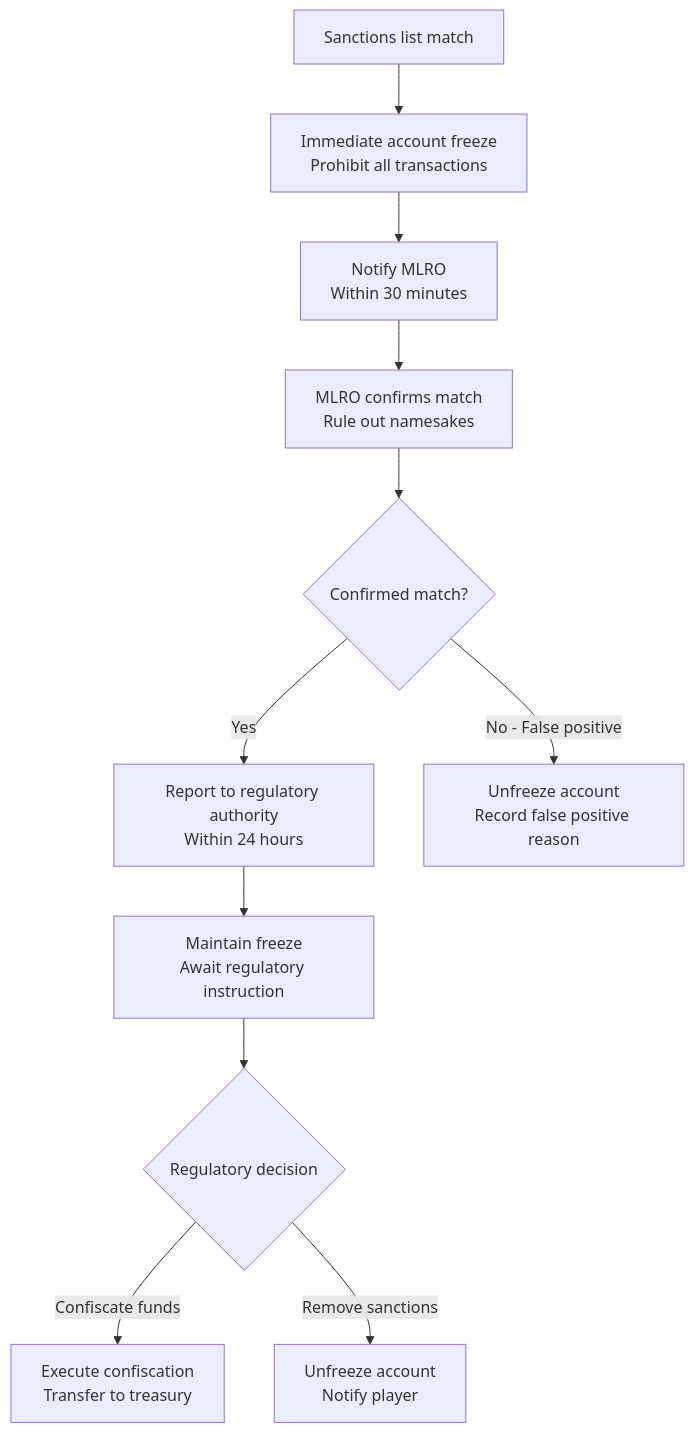
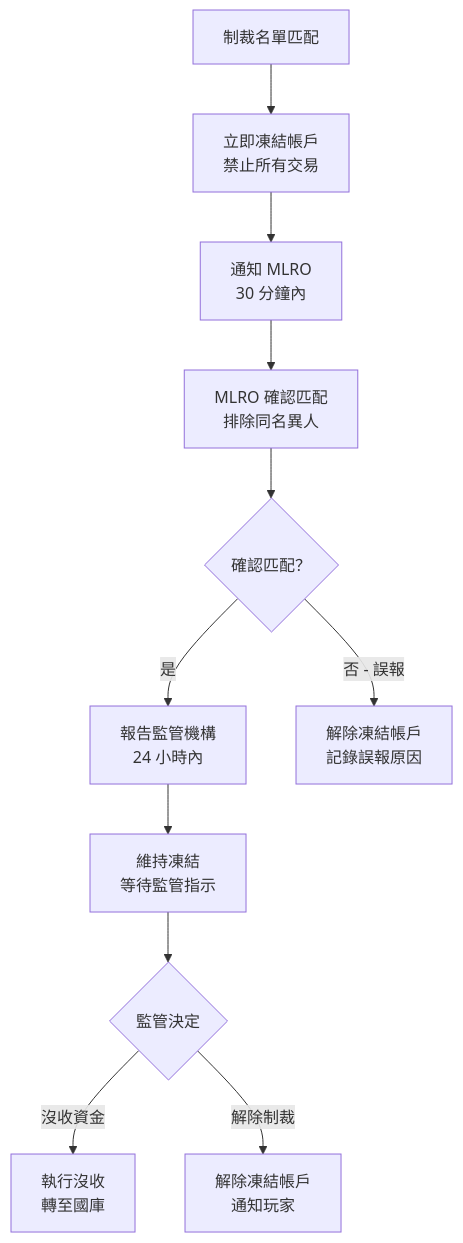
The fourth of 5 diagrams in docs/iGaming/architecture/05_Risk_Engine/KYC_Verification_API.md (ron03wlb/smart-admin), drawn with Mermaid before and after one commit. The commit also changed other lines of this file and 5 other files, not shown here.

````diff
--- a/docs/iGaming/architecture/05_Risk_Engine/KYC_Verification_API.md
+++ b/docs/iGaming/architecture/05_Risk_Engine/KYC_Verification_API.md
@@ -97,20 +97,20 @@
 ```mermaid
 flowchart TD
-    A[Sanctions list match] --> B[Immediate account freeze<br/>Prohibit all transactions]
+    A[制裁名單匹配] --> B[立即凍結帳戶<br/>禁止所有交易]
 
-    B --> C[Notify MLRO<br/>Within 30 minutes]
+    B --> C[通知 MLRO<br/>30 分鐘內]
 
-    C --> D[MLRO confirms match<br/>Rule out namesakes]
+    C --> D[MLRO 確認匹配<br/>排除同名異人]
 
-    D --> E{Confirmed match?}
+    D --> E{確認匹配？}
 
-    E -->|Yes| F[Report to regulatory authority<br/>Within 24 hours]
-    E -->|No - False positive| G[Unfreeze account<br/>Record false positive reason]
+    E -->|是| F[報告監管機構<br/>24 小時內]
+    E -->|否 - 誤報| G[解除凍結帳戶<br/>記錄誤報原因]
 
-    F --> H[Maintain freeze<br/>Await regulatory instruction]
+    F --> H[維持凍結<br/>等待監管指示]
 
-    H --> I{Regulatory decision}
+    H --> I{監管決定}
 
-    I -->|Confiscate funds| J[Execute confiscation<br/>Transfer to treasury]
-    I -->|Remove sanctions| K[Unfreeze account<br/>Notify player]
+    I -->|沒收資金| J[執行沒收<br/>轉至國庫]
+    I -->|解除制裁| K[解除凍結帳戶<br/>通知玩家]
 ```
````
